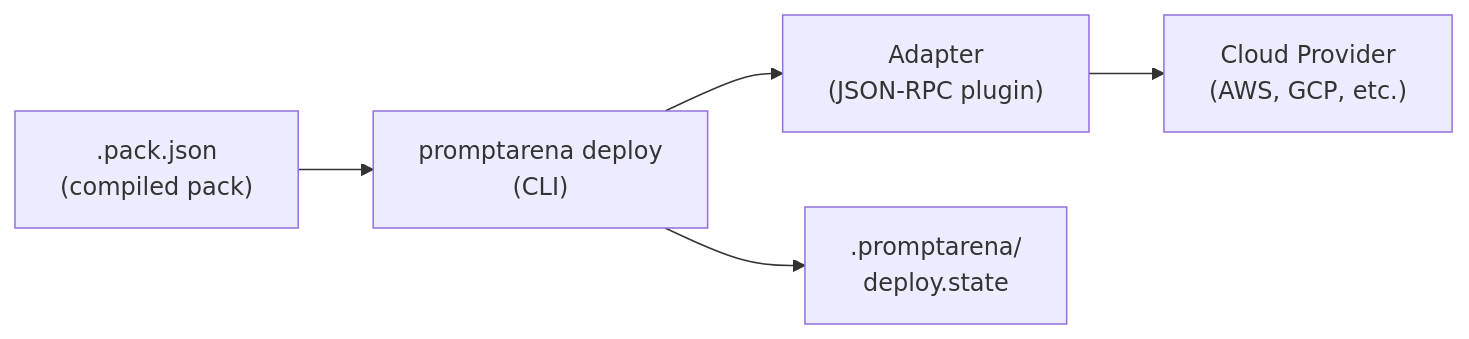
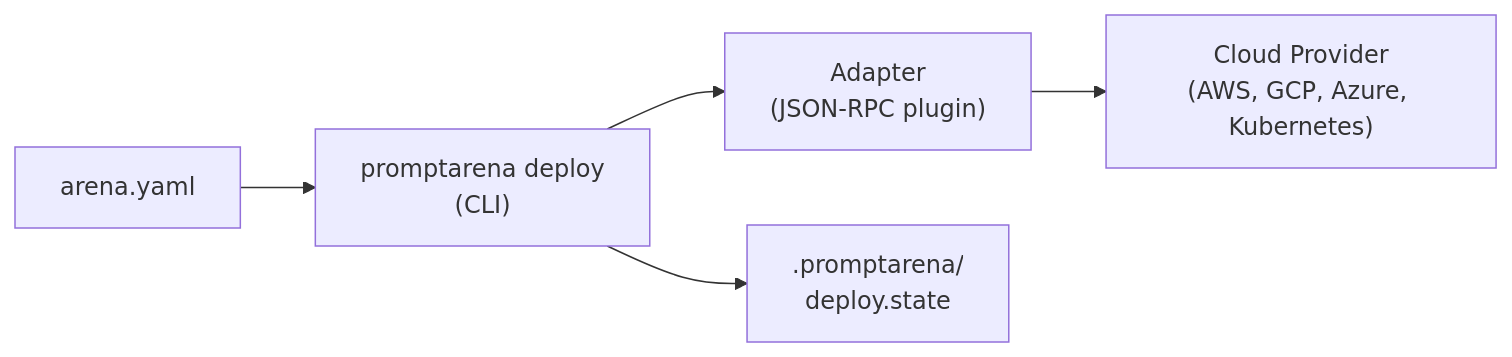
One commit to AltairaLabs/promptarena changed the diagram in docs/src/content/docs/arena/explanation/deploy/overview.md. Above: the diagram before and after it, drawn with Mermaid. The commit also changed other lines of this file and 17 other files, not shown here.

````diff
--- a/docs/src/content/docs/arena/explanation/deploy/overview.md
+++ b/docs/src/content/docs/arena/explanation/deploy/overview.md
@@ -65,10 +74,10 @@
 ```mermaid
 flowchart LR
-  pack[".pack.json<br/>(compiled pack)"]
+  arena["arena.yaml"]
   cli["promptarena deploy<br/>(CLI)"]
   adapter["Adapter<br/>(JSON-RPC plugin)"]
-  cloud["Cloud Provider<br/>(AWS, GCP, etc.)"]
+  cloud["Cloud Provider<br/>(AWS, GCP, Azure, Kubernetes)"]
   state[".promptarena/<br/>deploy.state"]
-  pack --> cli --> adapter --> cloud
+  arena --> cli --> adapter --> cloud
   cli --> state
 ```
````
